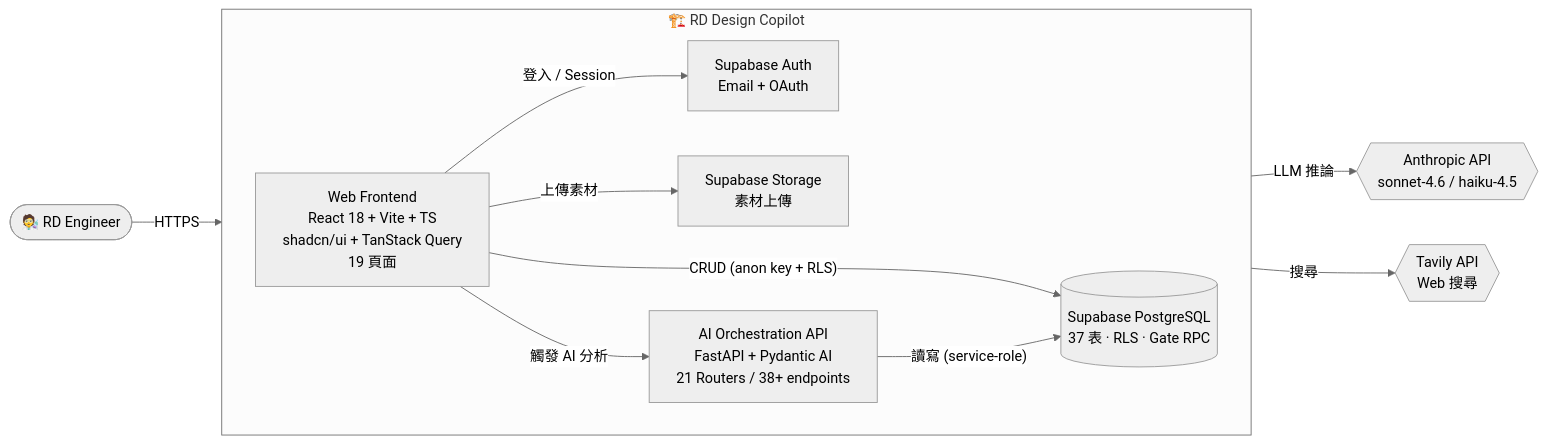
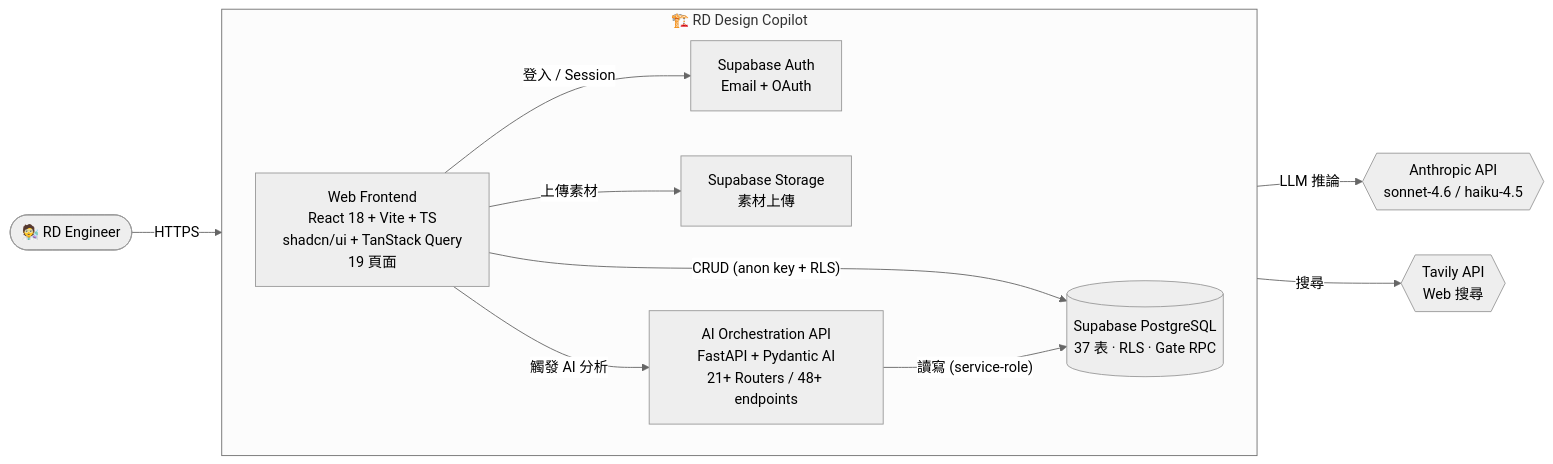
Before and after one commit to Zenobia0000/RD_copilot_system: the second of 3 diagrams in docs/01-define/E3--architecture-and-design.md, drawn with Mermaid. The commit also changed other lines of this file and 35 other files, not shown here.

````diff
--- a/docs/01-define/E3--architecture-and-design.md
+++ b/docs/01-define/E3--architecture-and-design.md
@@ -178,30 +178,30 @@
 ```mermaid
 %%{init: {'theme': 'neutral'}}%%
 graph LR
     %% === C4 Level 2: Container View ===
     %% Layout: User → Frontend → Backend → Data/External
 
     rd([🧑‍🔬 RD Engineer])
 
     subgraph boundary ["🏗️ RD Design Copilot"]
         direction LR
         web[Web Frontend<br/>React 18 + Vite + TS<br/>shadcn/ui + TanStack Query<br/>19 頁面]
-        api[AI Orchestration API<br/>FastAPI + Pydantic AI<br/>21 Routers / 38+ endpoints]
+        api[AI Orchestration API<br/>FastAPI + Pydantic AI<br/>21+ Routers / 48+ endpoints]
         pg[(Supabase PostgreSQL<br/>37 表 · RLS · Gate RPC)]
         auth[Supabase Auth<br/>Email + OAuth]
         storage[Supabase Storage<br/>素材上傳]
     end
 
     anthropic{{Anthropic API<br/>sonnet-4.6 / haiku-4.5}}
     tavily{{Tavily API<br/>Web 搜尋}}
 
     rd -->|"HTTPS"| web
     web -->|"登入 / Session"| auth
     web -->|"CRUD (anon key + RLS)"| pg
     web -->|"上傳素材"| storage
     web -->|"觸發 AI 分析"| api
 
     api -->|"讀寫 (service-role)"| pg
     api -->|"LLM 推論"| anthropic
     api -->|"搜尋"| tavily
 ```
````
